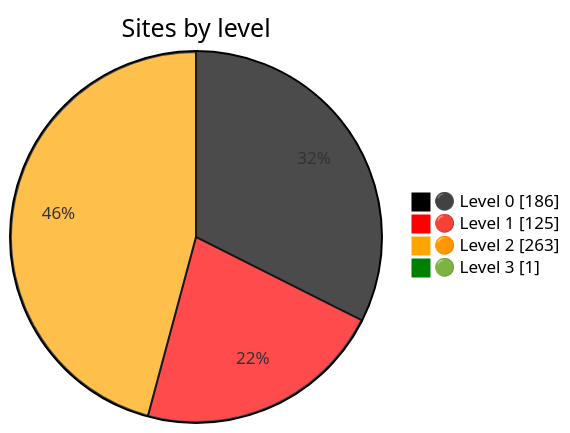
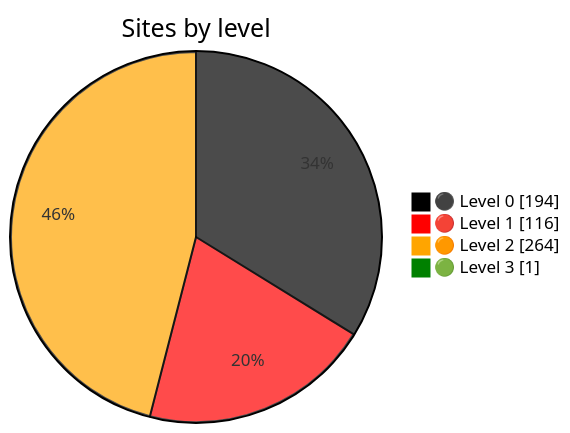
The diagram in README.md (nuuuwan/gov_lk_web_auditor), drawn with Mermaid before and after one commit. The commit also changed other lines of this file and 2569 other files, not shown here.

````diff
--- a/README.md
+++ b/README.md
@@ -24,9 +24,9 @@
 ```mermaid
 %%{init: {"themeVariables":{"pie1":"black","pie2":"red","pie3":"orange","pie4":"green"}}}%%
 pie showData
     title Sites by level
-    "⚫ Level 0" : 186
-    "🔴 Level 1" : 125
-    "🟠 Level 2" : 263
+    "⚫ Level 0" : 194
+    "🔴 Level 1" : 116
+    "🟠 Level 2" : 264
     "🟢 Level 3" : 1
 ```
````
